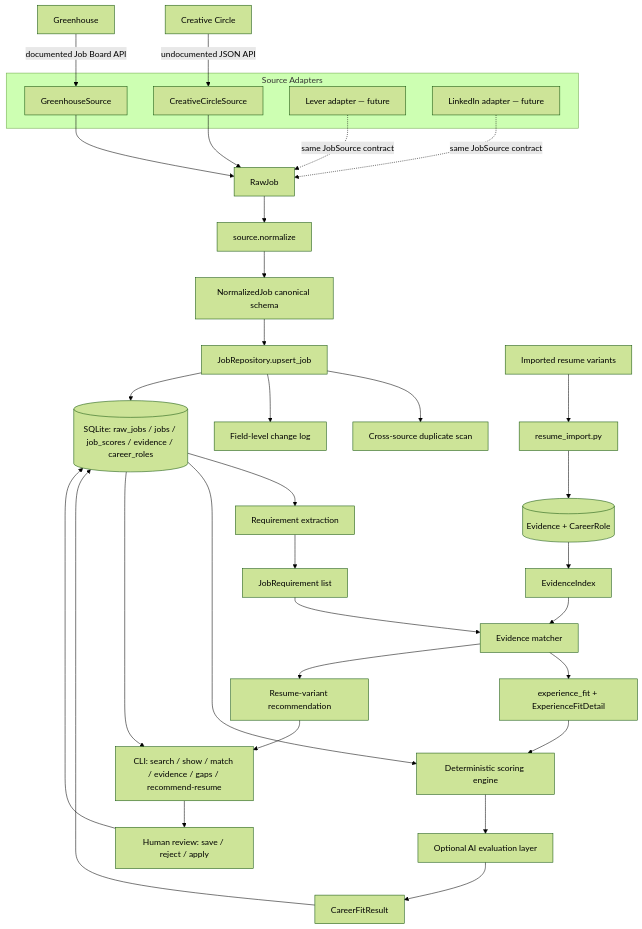
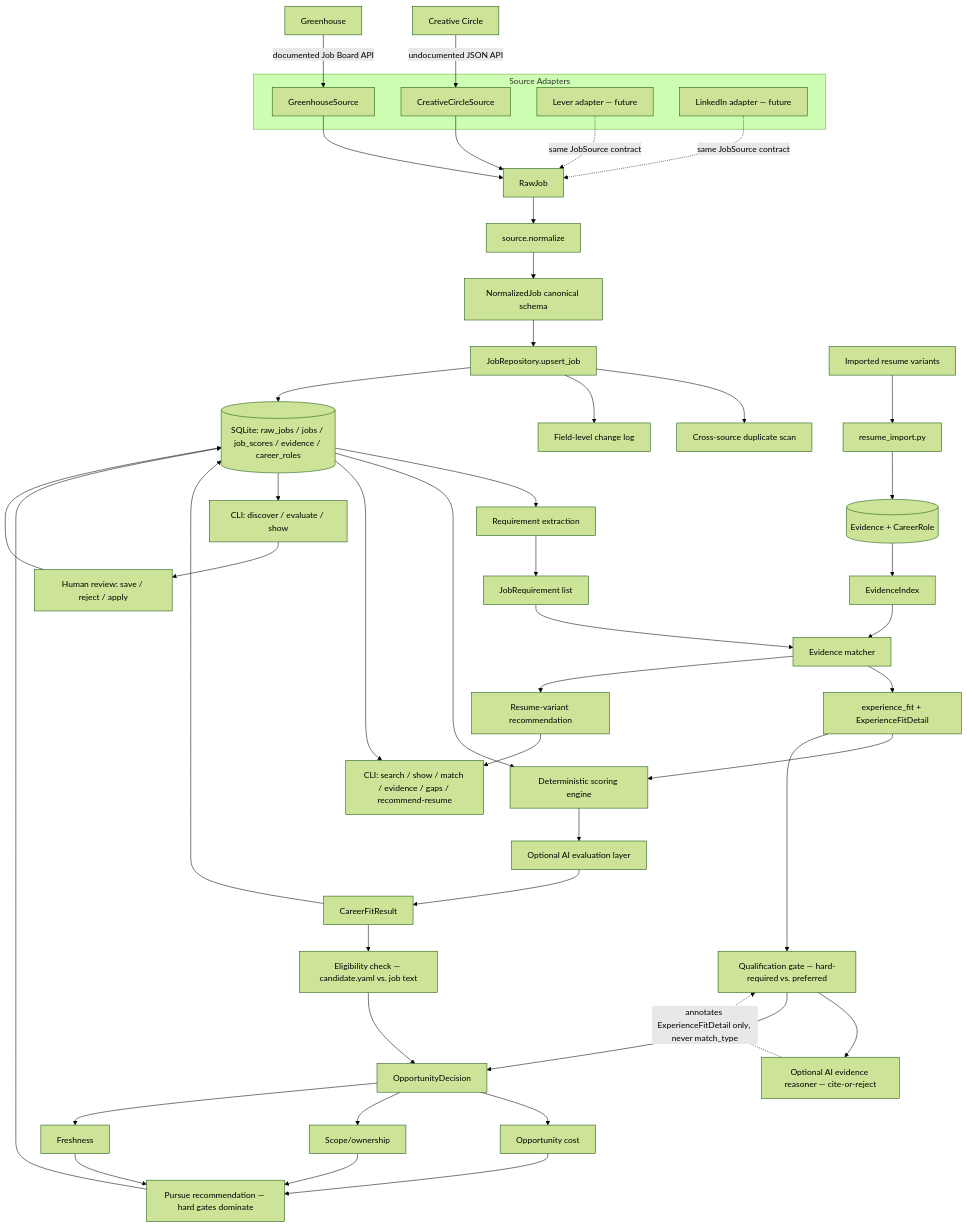
Before and after one commit to blackstalk/careers-os: the diagram in docs/architecture.md, drawn with Mermaid (forest theme). The commit also changed other lines of this file and 35 other files, not shown here.

````diff
--- a/docs/architecture.md
+++ b/docs/architecture.md
@@ -16,48 +16,64 @@
 ```mermaid
 flowchart TD
     CC[Creative Circle] -->|undocumented JSON API| CCSource[CreativeCircleSource]
     GH[Greenhouse] -->|documented Job Board API| GHSource[GreenhouseSource]
 
     subgraph Source Adapters
         CCSource
         GHSource
         LV[Lever adapter — future]
         LI[LinkedIn adapter — future]
     end
 
     CCSource --> Raw[RawJob]
     GHSource --> Raw
     LV -. same JobSource contract .-> Raw
     LI -. same JobSource contract .-> Raw
 
     Raw --> Norm[source.normalize]
     Norm --> Canon[NormalizedJob canonical schema]
     Canon --> Repo[JobRepository.upsert_job]
     Repo --> Dedup[Cross-source duplicate scan]
     Repo --> Changes[Field-level change log]
     Repo --> DB[(SQLite: raw_jobs / jobs / job_scores / evidence / career_roles)]
 
     DB --> ReqEx[Requirement extraction]
     ReqEx --> Requirements[JobRequirement list]
 
     Resumes[Imported resume variants] --> Importer[resume_import.py]
     Importer --> Evidence[(Evidence + CareerRole)]
     Evidence --> Index[EvidenceIndex]
 
     Requirements --> Matcher[Evidence matcher]
     Index --> Matcher
     Matcher --> ExpFit[experience_fit + ExperienceFitDetail]
 
     DB --> Scorer[Deterministic scoring engine]
     ExpFit --> Scorer
     Scorer --> AI[Optional AI evaluation layer]
     AI --> Result[CareerFitResult]
     Result --> DB
 
     Matcher --> ResumeRec[Resume-variant recommendation]
 
     DB --> CLI[CLI: search / show / match / evidence / gaps / recommend-resume]
     ResumeRec --> CLI
-    CLI --> Human[Human review: save / reject / apply]
+
+    Result --> Eligibility[Eligibility check — candidate.yaml vs. job text]
+    ExpFit --> Qualification[Qualification gate — hard-required vs. preferred]
+    Qualification --> Reasoner[Optional AI evidence reasoner — cite-or-reject]
+    Eligibility --> Decision[OpportunityDecision]
+    Qualification --> Decision
+    Reasoner -.annotates ExperienceFitDetail only, never match_type.-> Qualification
+    Decision --> Cost[Opportunity cost]
+    Decision --> Scope[Scope/ownership]
+    Decision --> Fresh[Freshness]
+    Cost --> Pursue[Pursue recommendation — hard gates dominate]
+    Scope --> Pursue
+    Fresh --> Pursue
+    Pursue --> DB
+
+    DB --> CLI2[CLI: discover / evaluate / show]
+    CLI2 --> Human[Human review: save / reject / apply]
     Human --> DB
 ```
````
